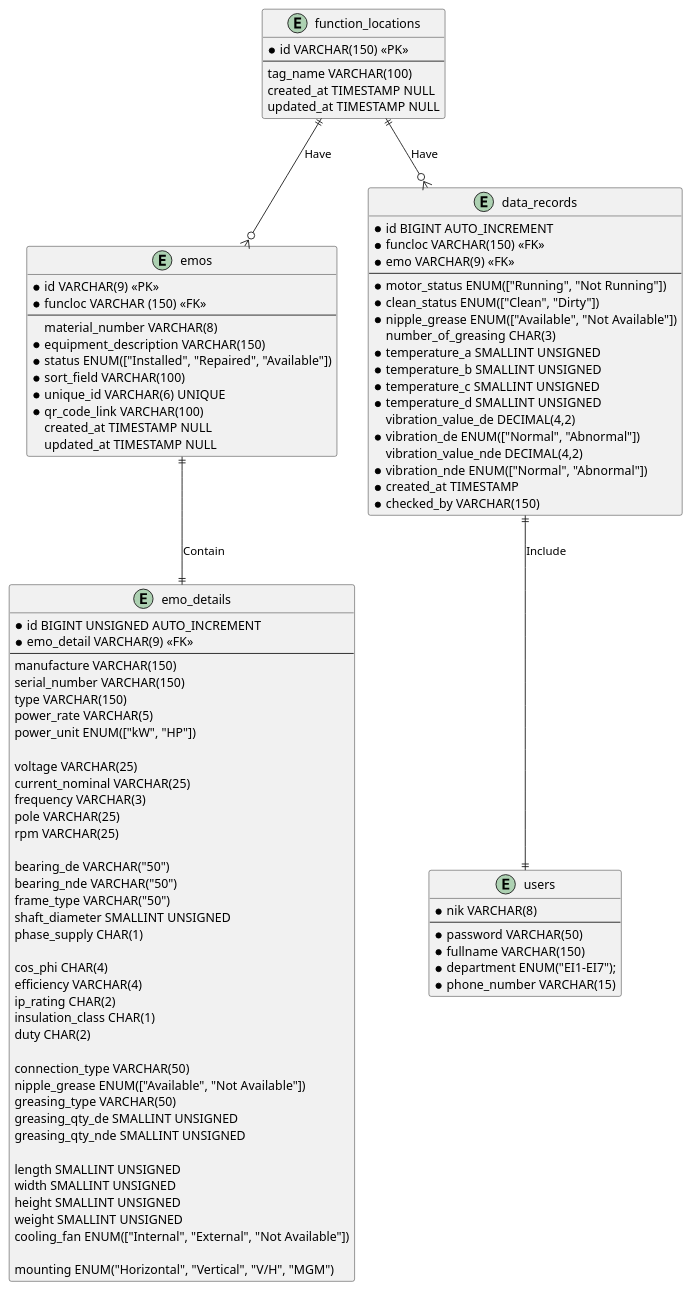
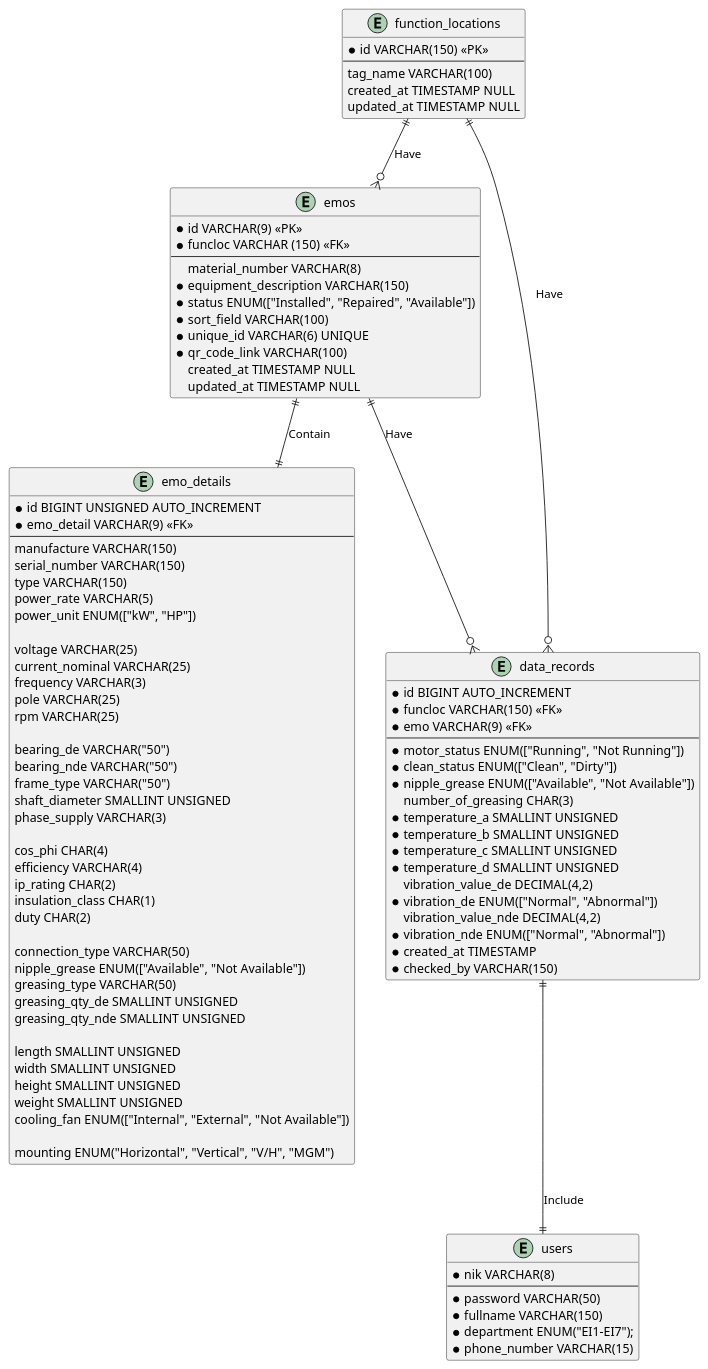
The diagram in database/fajar_e_maintenance.puml (doniduaasattuu/fajar-e-maintenance), drawn with PlantUML before and after one commit. The commit also changed 13 other files, not shown here.

Commit message:
change column type phase_supply to varchar(3)

```diff
--- a/database/fajar_e_maintenance.puml
+++ b/database/fajar_e_maintenance.puml
@@ -1,106 +1,107 @@
 @startuml fajar_e_maintenance
 
 entity function_locations
 {
     * id VARCHAR(150) <<PK>>
     --
       tag_name VARCHAR(100)
       created_at TIMESTAMP NULL
       updated_at TIMESTAMP NULL
 }
 
 entity emos
 {
     * id VARCHAR(9) <<PK>>
     * funcloc VARCHAR (150) <<FK>>
     --
       material_number VARCHAR(8)
     * equipment_description VARCHAR(150)
     * status ENUM(["Installed", "Repaired", "Available"])
     * sort_field VARCHAR(100)
     * unique_id VARCHAR(6) UNIQUE
     * qr_code_link VARCHAR(100) 
       created_at TIMESTAMP NULL
       updated_at TIMESTAMP NULL
 }
 
 entity emo_details {
     * id BIGINT UNSIGNED AUTO_INCREMENT
     * emo_detail VARCHAR(9) <<FK>>
     --
     manufacture VARCHAR(150)
     serial_number VARCHAR(150)
     type VARCHAR(150)
     power_rate VARCHAR(5)
     power_unit ENUM(["kW", "HP"])
 
     voltage VARCHAR(25)
     current_nominal VARCHAR(25)
     frequency VARCHAR(3)
     pole VARCHAR(25)
     rpm VARCHAR(25)
 
     bearing_de VARCHAR("50")
     bearing_nde VARCHAR("50")
     frame_type VARCHAR("50")
     shaft_diameter SMALLINT UNSIGNED
-    phase_supply CHAR(1)
+    phase_supply VARCHAR(3)
 
     cos_phi CHAR(4)
     efficiency VARCHAR(4)
     ip_rating CHAR(2)
     insulation_class CHAR(1)
     duty CHAR(2)
 
     connection_type VARCHAR(50)
     nipple_grease ENUM(["Available", "Not Available"])
     greasing_type VARCHAR(50)
     greasing_qty_de SMALLINT UNSIGNED
     greasing_qty_nde SMALLINT UNSIGNED
 
     length SMALLINT UNSIGNED
     width SMALLINT UNSIGNED
     height SMALLINT UNSIGNED
     weight SMALLINT UNSIGNED
     cooling_fan ENUM(["Internal", "External", "Not Available"])
 
     mounting ENUM("Horizontal", "Vertical", "V/H", "MGM")
 }
 
 entity data_records {
     * id BIGINT AUTO_INCREMENT
     * funcloc VARCHAR(150) <<FK>>
     * emo VARCHAR(9) <<FK>>
     --
     * motor_status ENUM(["Running", "Not Running"])
     * clean_status ENUM(["Clean", "Dirty"])
     * nipple_grease ENUM(["Available", "Not Available"])
       number_of_greasing CHAR(3)
     * temperature_a SMALLINT UNSIGNED
     * temperature_b SMALLINT UNSIGNED
     * temperature_c SMALLINT UNSIGNED
     * temperature_d SMALLINT UNSIGNED
       vibration_value_de DECIMAL(4,2)
     * vibration_de ENUM(["Normal", "Abnormal"])
       vibration_value_nde DECIMAL(4,2)
     * vibration_nde ENUM(["Normal", "Abnormal"])
     * created_at TIMESTAMP
     * checked_by VARCHAR(150)
 }
 
 entity users {
     * nik VARCHAR(8)
     --
     * password VARCHAR(50)
     * fullname VARCHAR(150)
     * department ENUM("EI1-EI7");
     * phone_number VARCHAR(15)
 }
  
 function_locations ||--o{ emos : Have
 function_locations ||--o{ data_records : Have
+emos ||--o{ data_records : Have
 emos ||--|| emo_details : Contain
 data_records ||--|| users : Include
 
 
 @enduml
```
